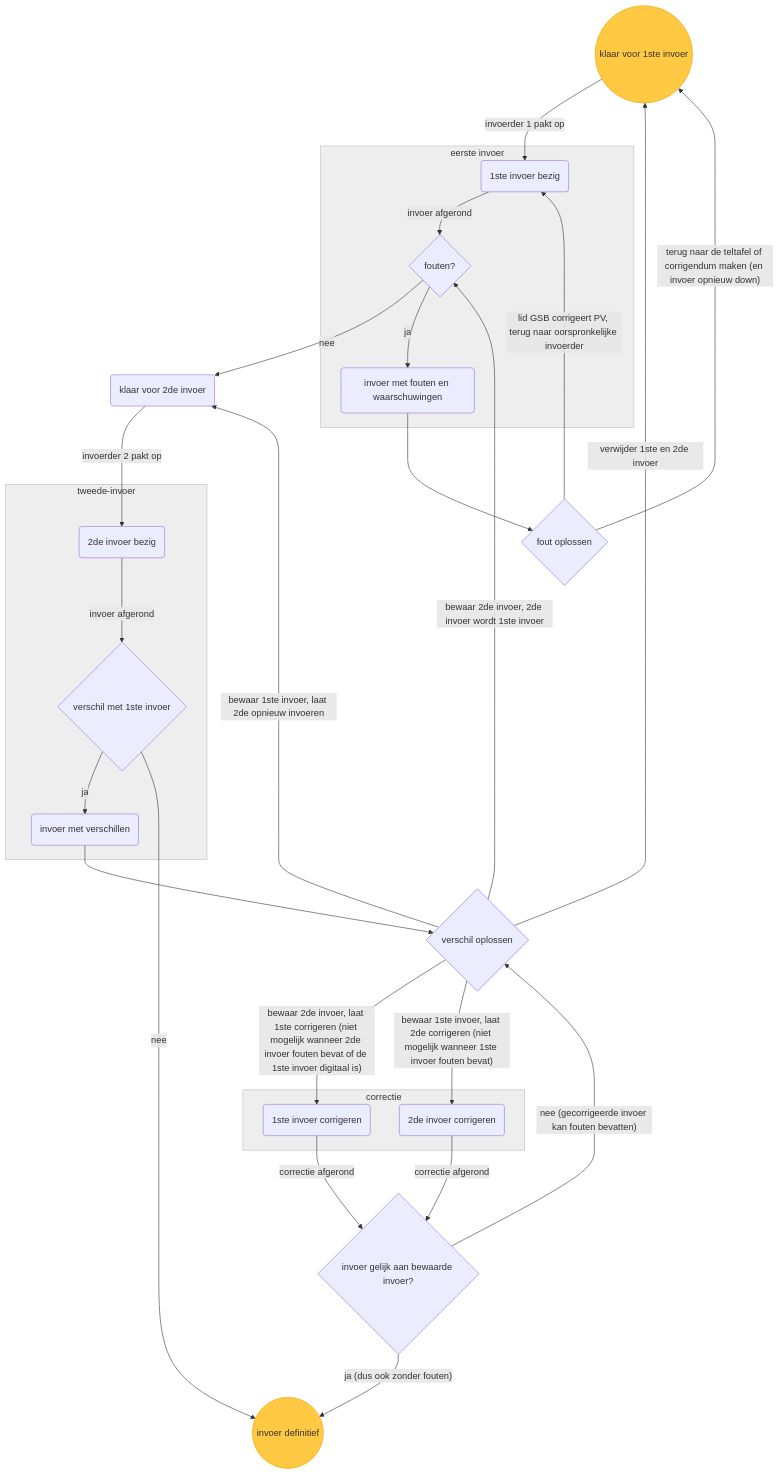
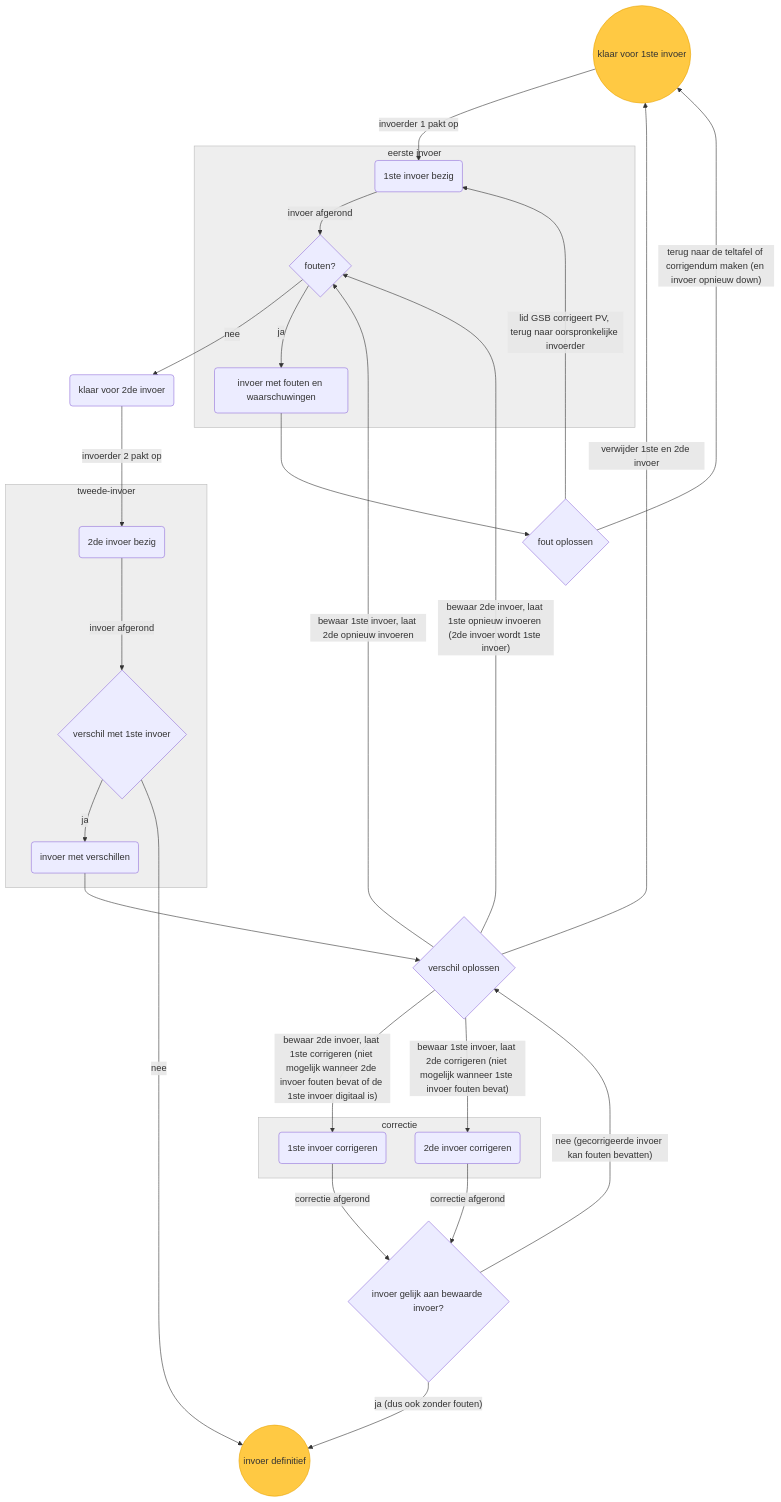
One commit to kiesraad/abacus-documentatie changed the diagram in use-cases/afhandeling-fouten-verschillen-coordinator.md. Above: the diagram before and after it, drawn with Mermaid.

Commit message:
Update flowchart transities naar 'fouten?'

````diff
--- a/use-cases/afhandeling-fouten-verschillen-coordinator.md
+++ b/use-cases/afhandeling-fouten-verschillen-coordinator.md
@@ -18,70 +18,70 @@
 ```mermaid
 flowchart TD
     %% elements
     klaar-voor-eerste-invoer((klaar voor 1ste invoer))
     eerste-invoer-bezig(1ste invoer bezig)
     fouten{fouten?}
     invoer-met-fouten-en-waarschuwingen-1(invoer met fouten en waarschuwingen)
     fout-oplossen{fout oplossen}
 
     klaar-voor-tweede-invoer(klaar voor 2de invoer)
     tweede-invoer-bezig(2de invoer bezig)
     verschil-oplossen{verschil oplossen}
     verschil-met-eerste-invoer{verschil met 1ste invoer}
     invoer-met-fouten-en-waarschuwingen-2(invoer met verschillen)
 
     tweede-invoer-corrigeren(2de invoer corrigeren)
     eerste-invoer-corrigeren(1ste invoer corrigeren)
     gecorrigeerde-invoer-gelijk{invoer gelijk aan bewaarde invoer?}
 
     invoer-definitief((invoer definitief))
 
     %% flow
     klaar-voor-eerste-invoer --invoerder 1 pakt op --> eerste-invoer-bezig
 
     fouten -- nee --> klaar-voor-tweede-invoer
     
     subgraph sg-eerste-invoer[eerste invoer]
     eerste-invoer-bezig -- invoer afgerond --> fouten
     fouten -- ja --> invoer-met-fouten-en-waarschuwingen-1
     end
 
     invoer-met-fouten-en-waarschuwingen-1 --> fout-oplossen
     fout-oplossen -- terug naar de teltafel of corrigendum maken (en invoer opnieuw down) --> klaar-voor-eerste-invoer
 
     fout-oplossen -- lid GSB corrigeert PV, terug naar oorspronkelijke invoerder --> eerste-invoer-bezig
 
     
     klaar-voor-tweede-invoer -- invoerder 2 pakt op --> tweede-invoer-bezig
 
     subgraph sg-tweede-invoer[tweede-invoer]
     tweede-invoer-bezig -- invoer afgerond --> verschil-met-eerste-invoer
     verschil-met-eerste-invoer -- ja --> invoer-met-fouten-en-waarschuwingen-2
     end
 
     invoer-met-fouten-en-waarschuwingen-2 --> verschil-oplossen
-    verschil-oplossen -- bewaar 1ste invoer, laat 2de opnieuw invoeren --> klaar-voor-tweede-invoer
-    verschil-oplossen -- bewaar 2de invoer, 2de invoer wordt 1ste invoer --> fouten
+    verschil-oplossen -- bewaar 1ste invoer, laat 2de opnieuw invoeren --> fouten
+    verschil-oplossen -- bewaar 2de invoer, laat 1ste opnieuw invoeren (2de invoer wordt 1ste invoer) --> fouten
     verschil-oplossen -- verwijder 1ste en 2de invoer --> klaar-voor-eerste-invoer
 
     subgraph sg-correctie[correctie]
     eerste-invoer-corrigeren
     tweede-invoer-corrigeren
     end
 
     verschil-oplossen -- bewaar 2de invoer, laat 1ste corrigeren (niet mogelijk wanneer 2de invoer fouten bevat of de 1ste invoer digitaal is) --> eerste-invoer-corrigeren
     verschil-oplossen -- bewaar 1ste invoer, laat 2de corrigeren (niet mogelijk wanneer 1ste invoer fouten bevat) --> tweede-invoer-corrigeren
 
     tweede-invoer-corrigeren -- correctie afgerond --> gecorrigeerde-invoer-gelijk
     eerste-invoer-corrigeren -- correctie afgerond --> gecorrigeerde-invoer-gelijk
     gecorrigeerde-invoer-gelijk -- ja (dus ook zonder fouten) --> invoer-definitief
     gecorrigeerde-invoer-gelijk -- nee (gecorrigeerde invoer kan fouten bevatten) --> verschil-oplossen
 
     verschil-met-eerste-invoer -- nee --> invoer-definitief
 
     %% styling
     classDef greyFill fill:#eee,stroke:#bbb;
     class sg-eerste-invoer,sg-tweede-invoer,sg-correctie greyFill;
     classDef yellowFill fill:#ffc943,stroke:#e8a302;
     class klaar-voor-eerste-invoer,invoer-definitief yellowFill;
 ```
````
